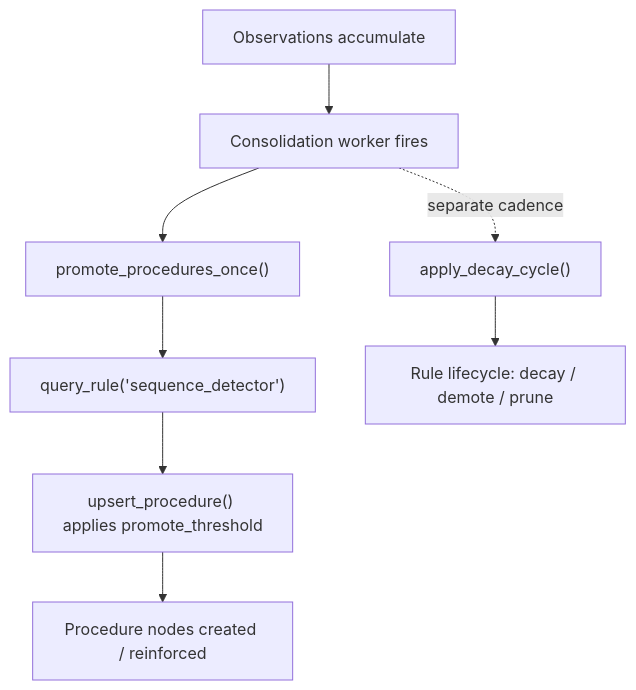
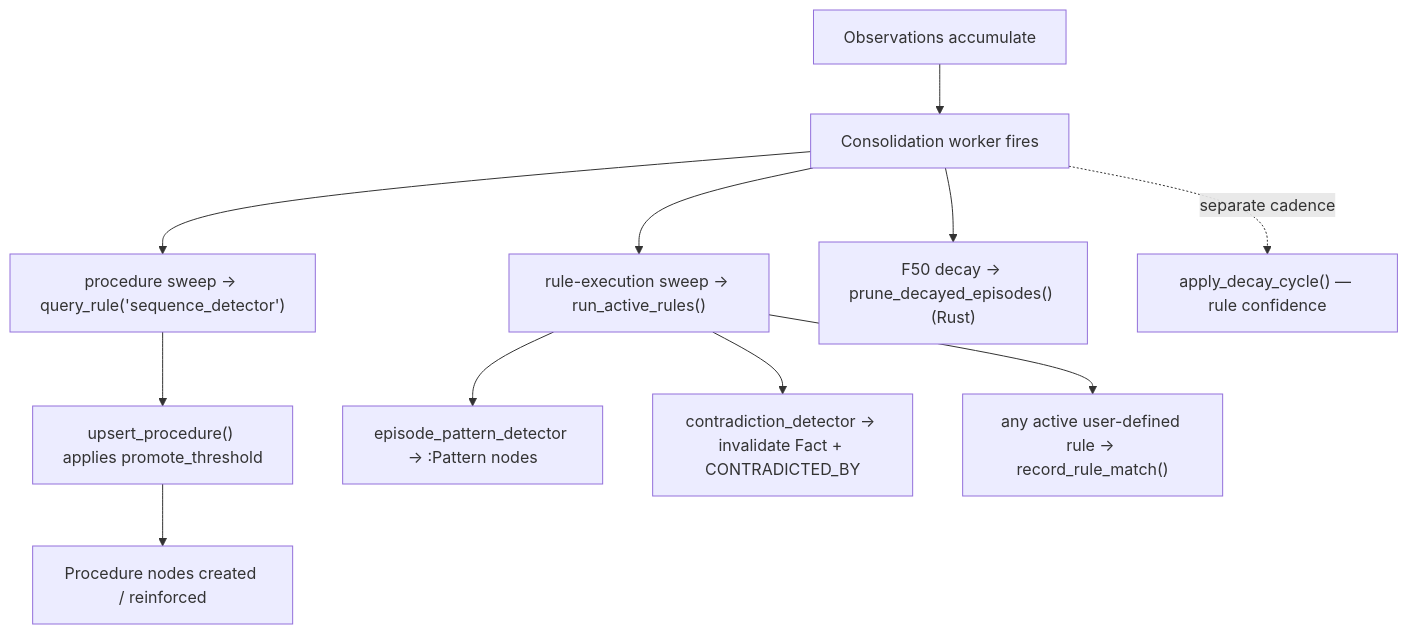
Before and after one commit to milliondreams/uniko: the diagram in website/docs/guides/reasoning-with-locy.md, drawn with Mermaid. The commit also changed other lines of this file and 23 other files, not shown here.

````diff
--- a/website/docs/guides/reasoning-with-locy.md
+++ b/website/docs/guides/reasoning-with-locy.md
@@ -187,11 +180,15 @@
 ```mermaid
 flowchart TD
     OBS[Observations accumulate] --> WORK[Consolidation worker fires]
-    WORK --> PROC["promote_procedures_once()"]
-    PROC --> SEQ["query_rule('sequence_detector')"]
-    SEQ --> UPSERT["upsert_procedure() applies promote_threshold"]
+    WORK --> PROC["procedure sweep → query_rule('sequence_detector')"]
+    PROC --> UPSERT["upsert_procedure() applies promote_threshold"]
     UPSERT --> PNODES[Procedure nodes created / reinforced]
 
-    WORK -. separate cadence .-> DECAY["apply_decay_cycle()"]
-    DECAY --> LIFECYCLE[Rule lifecycle: decay / demote / prune]
+    WORK --> RULES["rule-execution sweep → run_active_rules()"]
+    RULES --> PAT["episode_pattern_detector → :Pattern nodes"]
+    RULES --> CON["contradiction_detector → invalidate Fact + CONTRADICTED_BY"]
+    RULES --> USER["any active user-defined rule → record_rule_match()"]
+
+    WORK --> RDECAY["F50 decay → prune_decayed_episodes() (Rust)"]
+    WORK -. separate cadence .-> DECAY["apply_decay_cycle() — rule confidence"]
 ```
````
